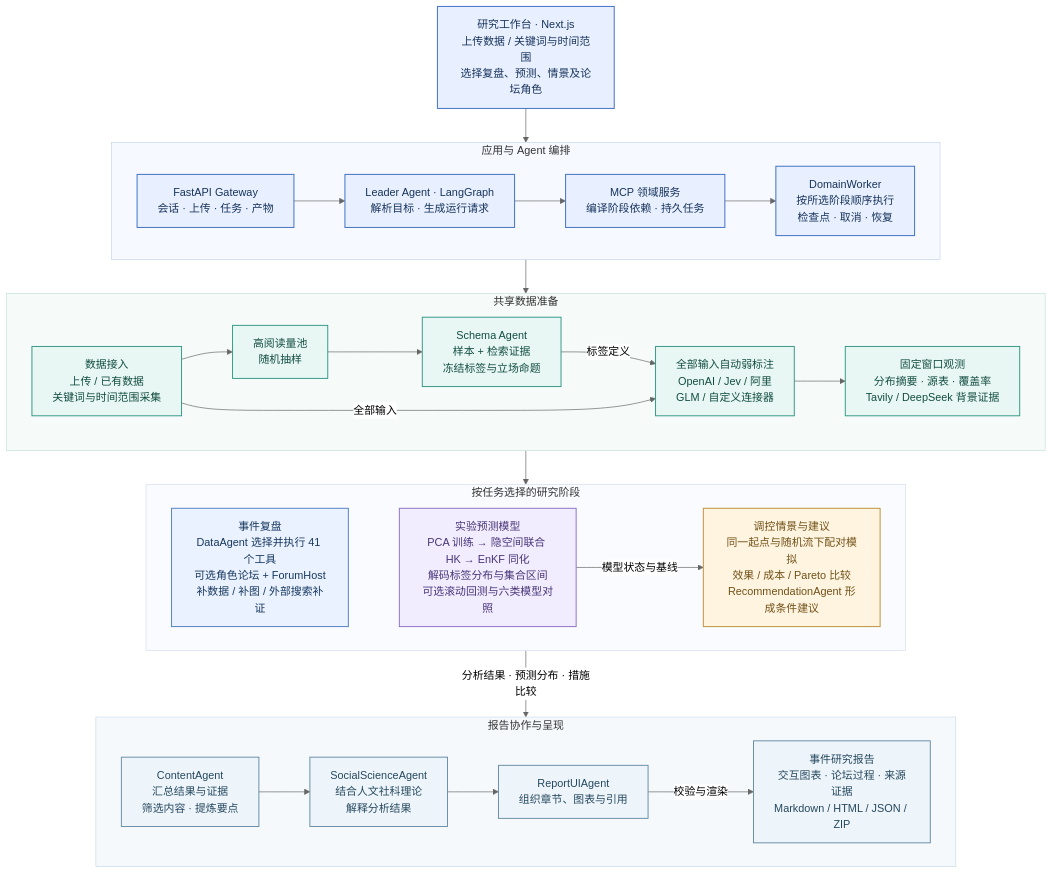
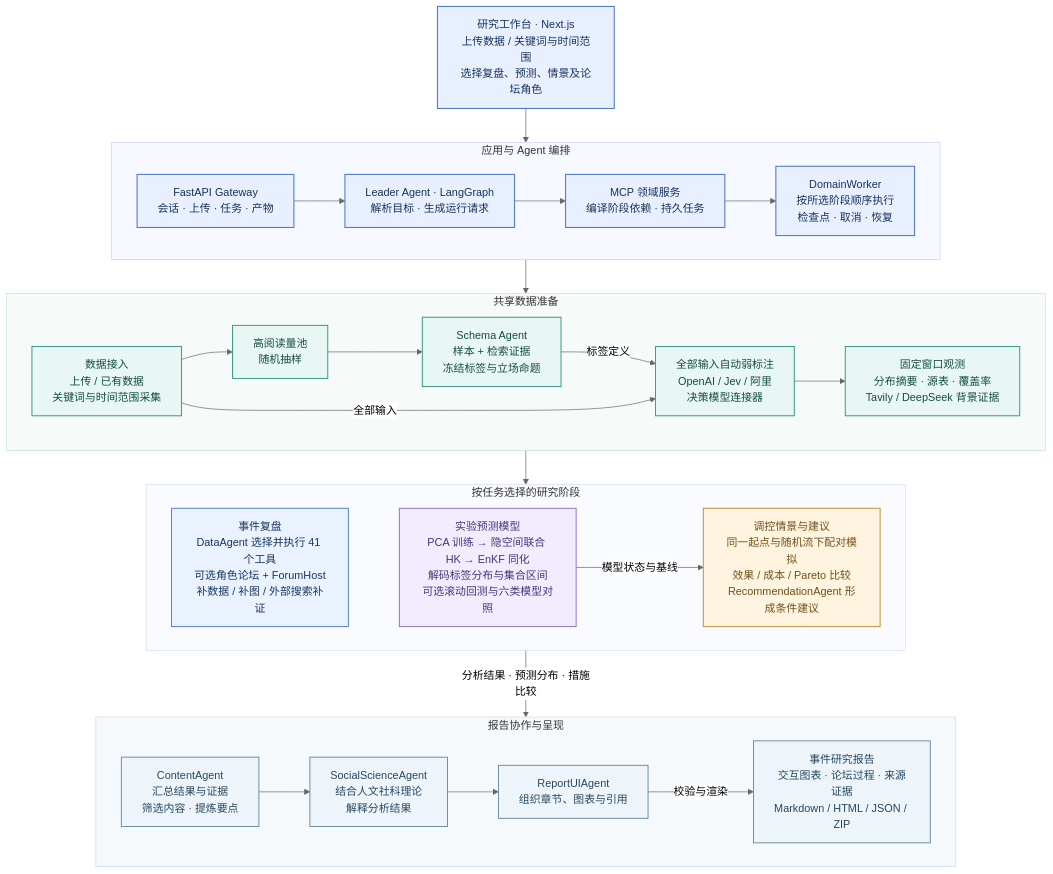
Before and after one commit to Hyacehila/Tweets2Insights: the diagram in doc/diagrams/system-architecture.mmd, drawn with Mermaid (neutral theme). The commit also changed 38 other files, not shown here.

```diff
--- a/doc/diagrams/system-architecture.mmd
+++ b/doc/diagrams/system-architecture.mmd
@@ -1,61 +1,61 @@
 flowchart TB
     UI["研究工作台 · Next.js<br/>上传数据 / 关键词与时间范围<br/>选择复盘、预测、情景及论坛角色"]
 
     subgraph ORCHESTRATION["应用与 Agent 编排"]
         direction LR
         API["FastAPI Gateway<br/>会话 · 上传 · 任务 · 产物"]
         LEADER["Leader Agent · LangGraph<br/>解析目标 · 生成运行请求"]
         SERVICE["MCP 领域服务<br/>编译阶段依赖 · 持久任务"]
         WORKER["DomainWorker<br/>按所选阶段顺序执行<br/>检查点 · 取消 · 恢复"]
         API --> LEADER --> SERVICE --> WORKER
     end
     UI --> ORCHESTRATION
 
     subgraph PREP["共享数据准备"]
         direction LR
         DATA["数据接入<br/>上传 / 已有数据<br/>关键词与时间范围采集"]
         SAMPLE["高阅读量池<br/>随机抽样"]
         SCHEMA["Schema Agent<br/>样本 + 检索证据<br/>冻结标签与立场命题"]
-        LABEL["全部输入自动弱标注<br/>OpenAI / Jev / 阿里<br/>GLM / 自定义连接器"]
+        LABEL["全部输入自动弱标注<br/>OpenAI / Jev / 阿里<br/>决策模型连接器"]
         OBS["固定窗口观测<br/>分布摘要 · 源表 · 覆盖率<br/>Tavily / DeepSeek 背景证据"]
         DATA --> SAMPLE --> SCHEMA -->|标签定义| LABEL --> OBS
         DATA -->|全部输入| LABEL
     end
     ORCHESTRATION --> PREP
 
     subgraph STUDY["按任务选择的研究阶段"]
         direction LR
         ANALYSIS["事件复盘<br/>DataAgent 选择并执行 41 个工具<br/>可选角色论坛 + ForumHost<br/>补数据 / 补图 / 外部搜索补证"]
         FORECAST["实验预测模型<br/>PCA 训练 → 隐空间联合 HK → EnKF 同化<br/>解码标签分布与集合区间<br/>可选滚动回测与六类模型对照"]
         SCENARIO["调控情景与建议<br/>同一起点与随机流下配对模拟<br/>效果 / 成本 / Pareto 比较<br/>RecommendationAgent 形成条件建议"]
         ANALYSIS ~~~ FORECAST
         FORECAST -->|模型状态与基线| SCENARIO
     end
     PREP --> STUDY
 
     subgraph REPORT["报告协作与呈现"]
         direction LR
         CONTENT["ContentAgent<br/>汇总结果与证据<br/>筛选内容 · 提炼要点"]
         THEORY["SocialScienceAgent<br/>结合人文社科理论<br/>解释分析结果"]
         LAYOUT["ReportUIAgent<br/>组织章节、图表与引用"]
         OUTPUT["事件研究报告<br/>交互图表 · 论坛过程 · 来源证据<br/>Markdown / HTML / JSON / ZIP"]
         CONTENT --> THEORY --> LAYOUT -->|校验与渲染| OUTPUT
     end
     STUDY -->|分析结果 · 预测分布 · 措施比较| REPORT
 
     classDef entry fill:#e8f0ff,stroke:#4975c6,color:#17335b,stroke-width:1.5px
     classDef prep fill:#e9f7f4,stroke:#309782,color:#124d42,stroke-width:1.4px
     classDef analysis fill:#eaf2ff,stroke:#507ec6,color:#18385f,stroke-width:1.4px
     classDef model fill:#f1edff,stroke:#8b71c6,color:#483477,stroke-width:1.4px
     classDef scenario fill:#fff4df,stroke:#bd9035,color:#705018,stroke-width:1.4px
     classDef report fill:#eef5fa,stroke:#668ca5,color:#25485e,stroke-width:1.4px
     class UI,API,LEADER,SERVICE,WORKER entry
     class DATA,SAMPLE,SCHEMA,LABEL,OBS prep
     class ANALYSIS analysis
     class FORECAST model
     class SCENARIO scenario
     class CONTENT,THEORY,LAYOUT,OUTPUT report
     style ORCHESTRATION fill:#f6f9ff,stroke:#c5d5ef
     style PREP fill:#f6fbfa,stroke:#c5e0d9
     style STUDY fill:#fafbfe,stroke:#d5deed
     style REPORT fill:#f5f9fc,stroke:#cbdce8
```
